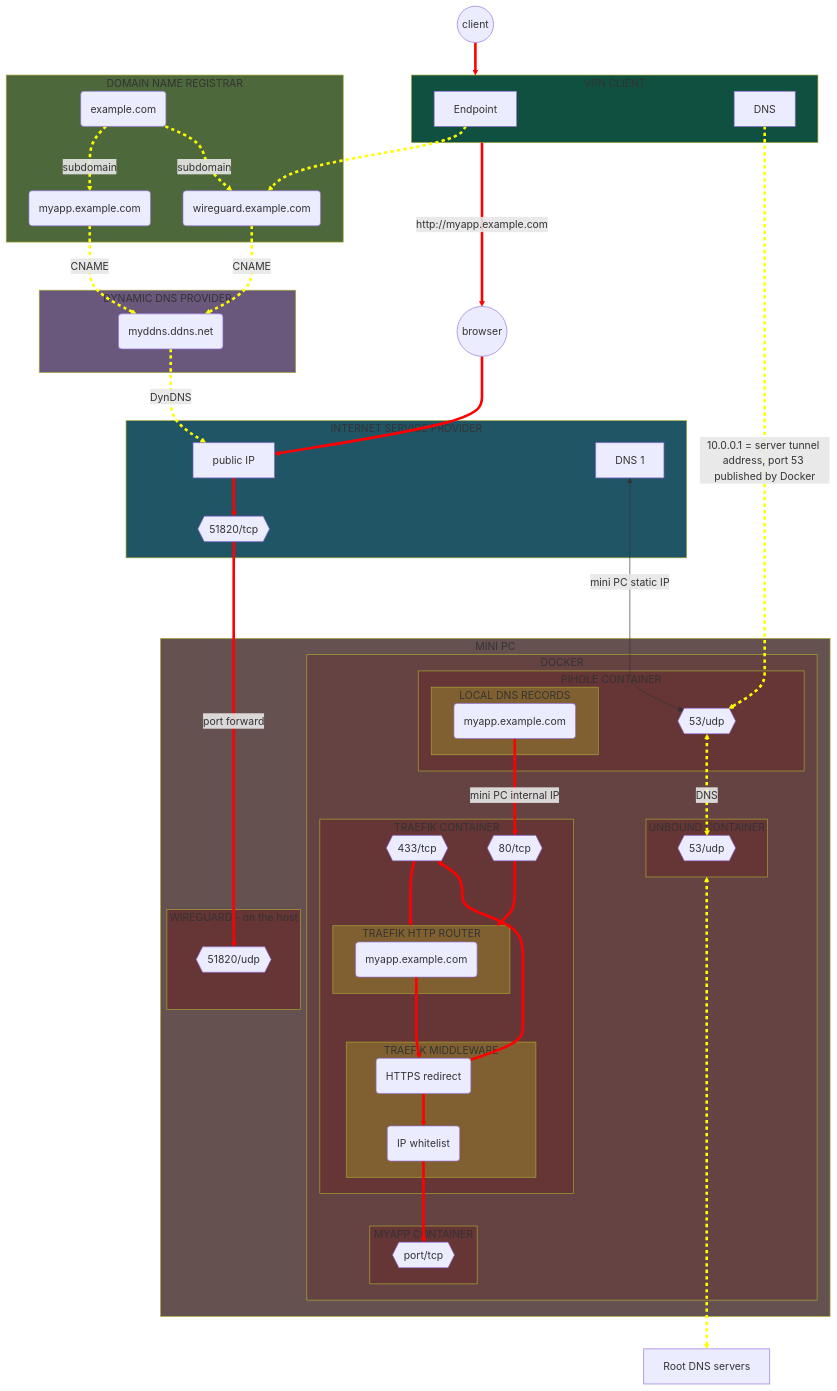
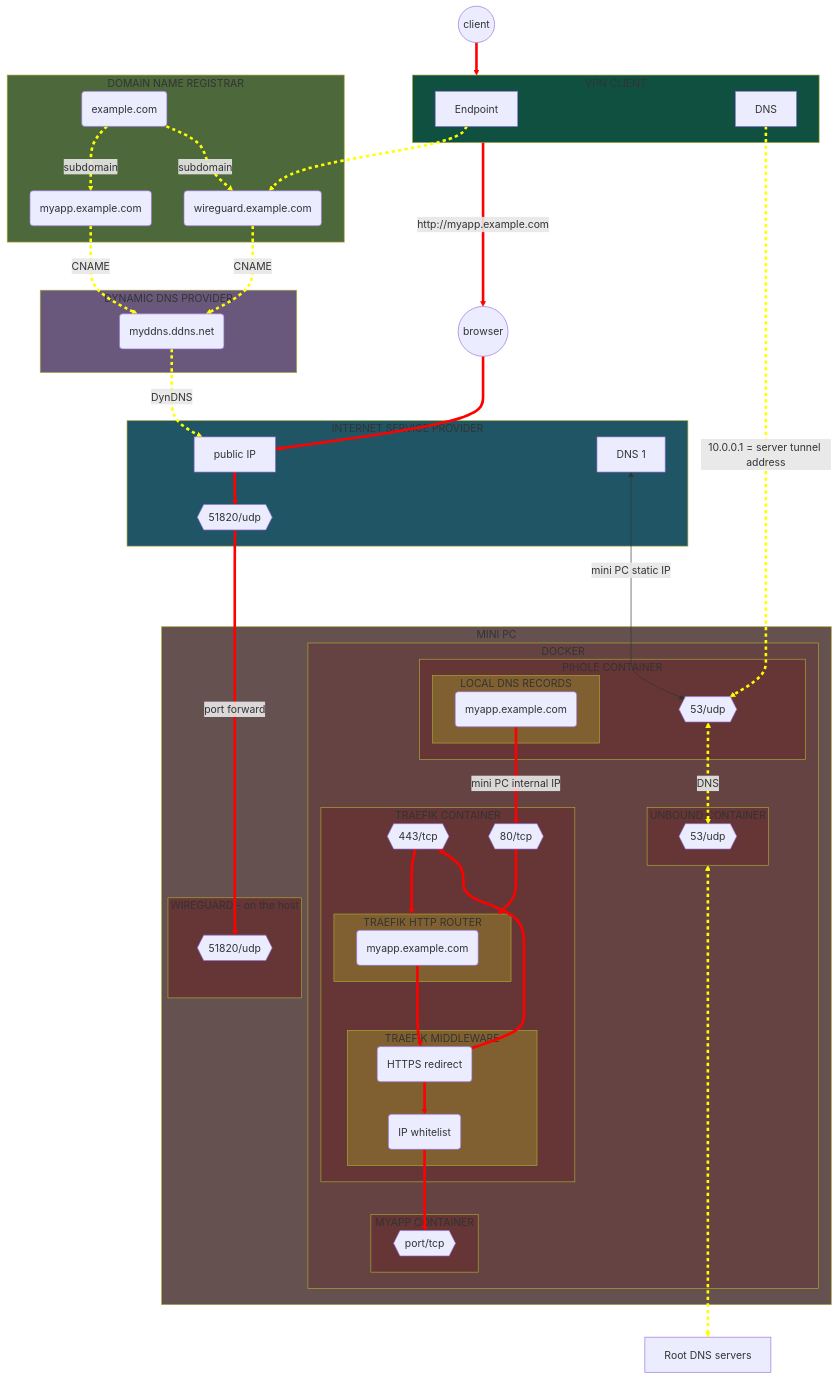
The ninth of 17 diagrams in README.md (Yann39/self-hosted-n100), drawn with Mermaid before and after one commit. The commit also changed other lines of this file and 2 other files, not shown here.

Commit message:
updated diagrams to reflect last changes + updated homer config to add crowdsec

```diff
--- a/README.md
+++ b/README.md
@@ -2158,11 +2139,11 @@
     SUBDOMAIN_WIREGUARD(wireguard.example.com)
     DDNS(myddns.ddns.net)
     ROUTER_PUBLIC_IP[public IP]
-    ROUTER_PORT51820{{51820/tcp}}
+    ROUTER_PORT51820{{51820/udp}}
     WIREGUARD_PORT{{51820/udp}}
     ROUTER_DNS[DNS 1]
     DOCKER_PIHOLE_PORT53{{53/udp}}
-    DOCKER_TRAEFIK_PORT443{{433/tcp}}
+    DOCKER_TRAEFIK_PORT443{{443/tcp}}
     DOCKER_TRAEFIK_PORT80{{80/tcp}}
     DOCKER_MYAPP_PORT{{port/tcp}}
     DOCKER_UNBOUND_PORT53{{53/udp}}
@@ -2234,7 +2215,7 @@
 
     CLIENT((client)) --> VPN_CLIENT
     WIREGUARD_CLIENT_ENDPOINT --> SUBDOMAIN_WIREGUARD
-    WIREGUARD_CLIENT_DNS -->|10.0.0.1 = server tunnel address, port 53 published by Docker| DOCKER_PIHOLE_PORT53
+    WIREGUARD_CLIENT_DNS -->|10.0.0.1 = server tunnel address| DOCKER_PIHOLE_PORT53
     VPN_CLIENT -->|" http://myapp.example.com "| BROWSER
     BROWSER((browser)) --> ROUTER_PUBLIC_IP
     DOMAIN -->|subdomain| SUBDOMAIN_MYAPP
```
